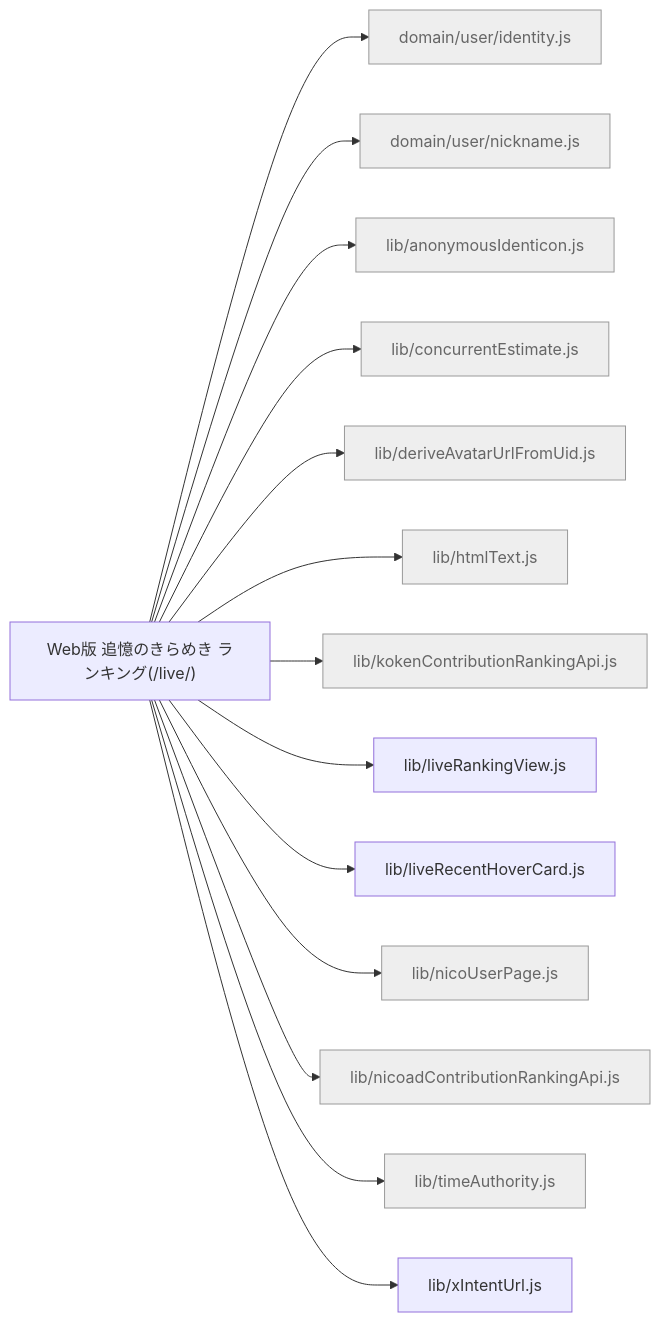
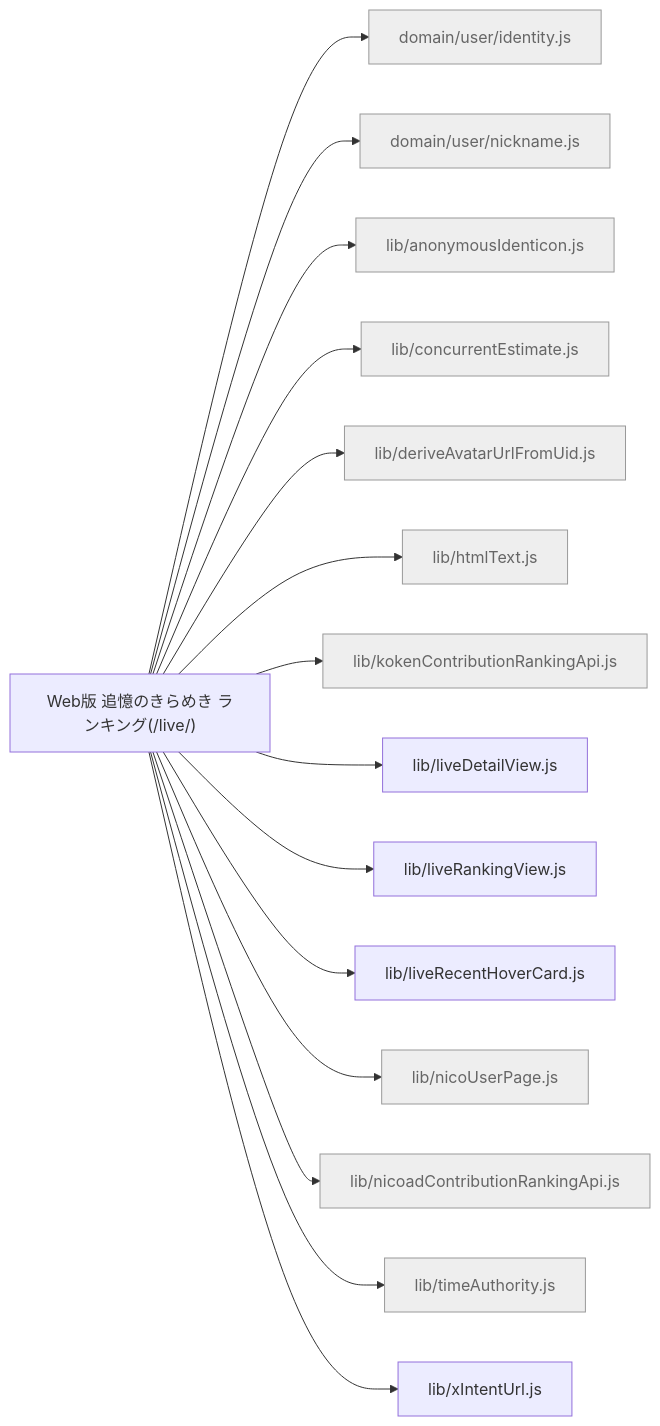
One commit to kimito-link/tsuioku-no-kirameki.com changed the diagram in docs/feature-map/live-ranking.md. Above: the diagram before and after it, drawn with Mermaid. The commit also changed 30 other files, not shown here.

````diff
--- a/docs/feature-map/live-ranking.md
+++ b/docs/feature-map/live-ranking.md
@@ -13,18 +13,19 @@
 ```mermaid
 graph LR
   n_live_ranking["Web版 追憶のきらめき ランキング(/live/)"]
   n_live_ranking --> n_src_domain_user_identity_js["domain/user/identity.js"]:::shared
   n_live_ranking --> n_src_domain_user_nickname_js["domain/user/nickname.js"]:::shared
   n_live_ranking --> n_src_lib_anonymousIdenticon_js["lib/anonymousIdenticon.js"]:::shared
   n_live_ranking --> n_src_lib_concurrentEstimate_js["lib/concurrentEstimate.js"]:::shared
   n_live_ranking --> n_src_lib_deriveAvatarUrlFromUid_js["lib/deriveAvatarUrlFromUid.js"]:::shared
   n_live_ranking --> n_src_lib_htmlText_js["lib/htmlText.js"]:::shared
   n_live_ranking --> n_src_lib_kokenContributionRankingApi_js["lib/kokenContributionRankingApi.js"]:::shared
+  n_live_ranking --> n_src_lib_liveDetailView_js["lib/liveDetailView.js"]
   n_live_ranking --> n_src_lib_liveRankingView_js["lib/liveRankingView.js"]
   n_live_ranking --> n_src_lib_liveRecentHoverCard_js["lib/liveRecentHoverCard.js"]
   n_live_ranking --> n_src_lib_nicoUserPage_js["lib/nicoUserPage.js"]:::shared
   n_live_ranking --> n_src_lib_nicoadContributionRankingApi_js["lib/nicoadContributionRankingApi.js"]:::shared
   n_live_ranking --> n_src_lib_timeAuthority_js["lib/timeAuthority.js"]:::shared
   n_live_ranking --> n_src_lib_xIntentUrl_js["lib/xIntentUrl.js"]
   classDef shared fill:#eee,stroke:#999,color:#666;
 ```
````
